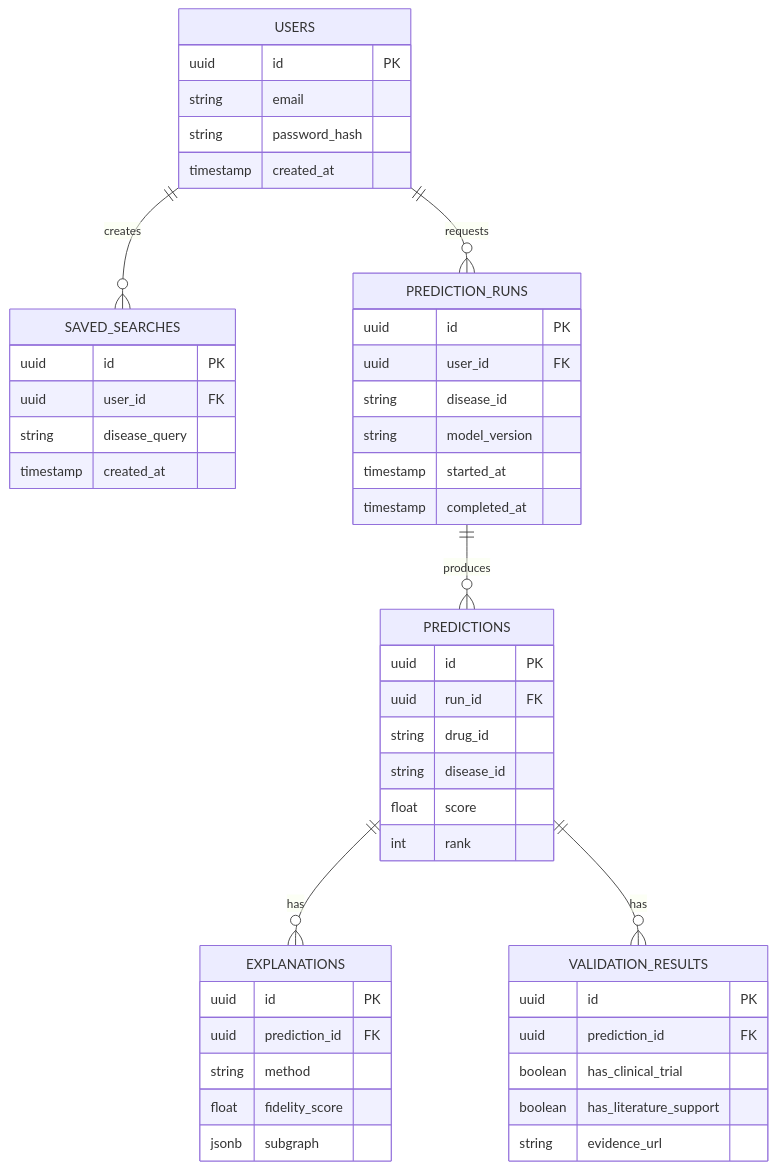
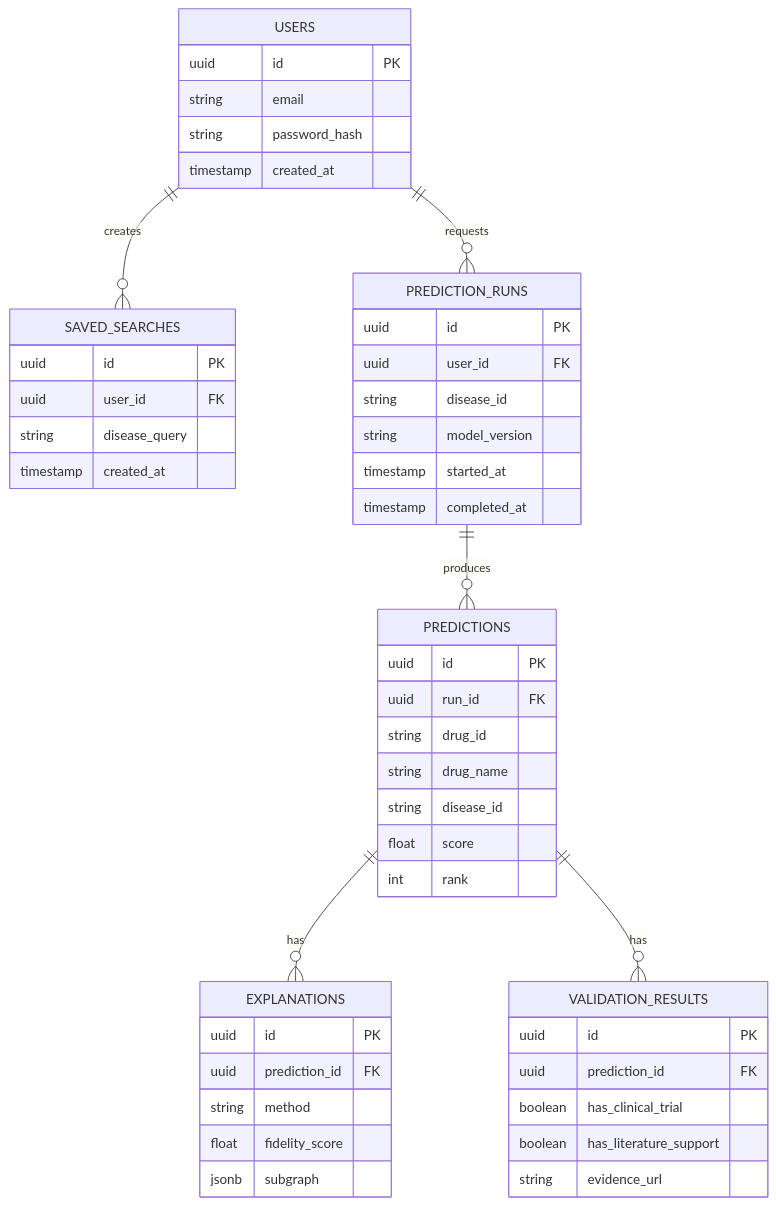
One commit to Aakif-Kohari/CuroVex changed the diagram in docs/DATABASE_SCHEMA.md. Above: the diagram before and after it, drawn with Mermaid. The commit also changed 10 other files, not shown here.

````diff
--- a/docs/DATABASE_SCHEMA.md
+++ b/docs/DATABASE_SCHEMA.md
@@ -38,51 +38,52 @@
 ```mermaid
 erDiagram
     USERS ||--o{ SAVED_SEARCHES : creates
     USERS ||--o{ PREDICTION_RUNS : requests
     PREDICTION_RUNS ||--o{ PREDICTIONS : produces
     PREDICTIONS ||--o{ EXPLANATIONS : has
     PREDICTIONS ||--o{ VALIDATION_RESULTS : has
 
     USERS {
         uuid id PK
         string email
         string password_hash
         timestamp created_at
     }
     SAVED_SEARCHES {
         uuid id PK
         uuid user_id FK
         string disease_query
         timestamp created_at
     }
     PREDICTION_RUNS {
         uuid id PK
         uuid user_id FK
         string disease_id
         string model_version
         timestamp started_at
         timestamp completed_at
     }
     PREDICTIONS {
         uuid id PK
         uuid run_id FK
         string drug_id
+        string drug_name
         string disease_id
         float score
         int rank
     }
     EXPLANATIONS {
         uuid id PK
         uuid prediction_id FK
         string method
         float fidelity_score
         jsonb subgraph
     }
     VALIDATION_RESULTS {
         uuid id PK
         uuid prediction_id FK
         boolean has_clinical_trial
         boolean has_literature_support
         string evidence_url
     }
 ```
````
